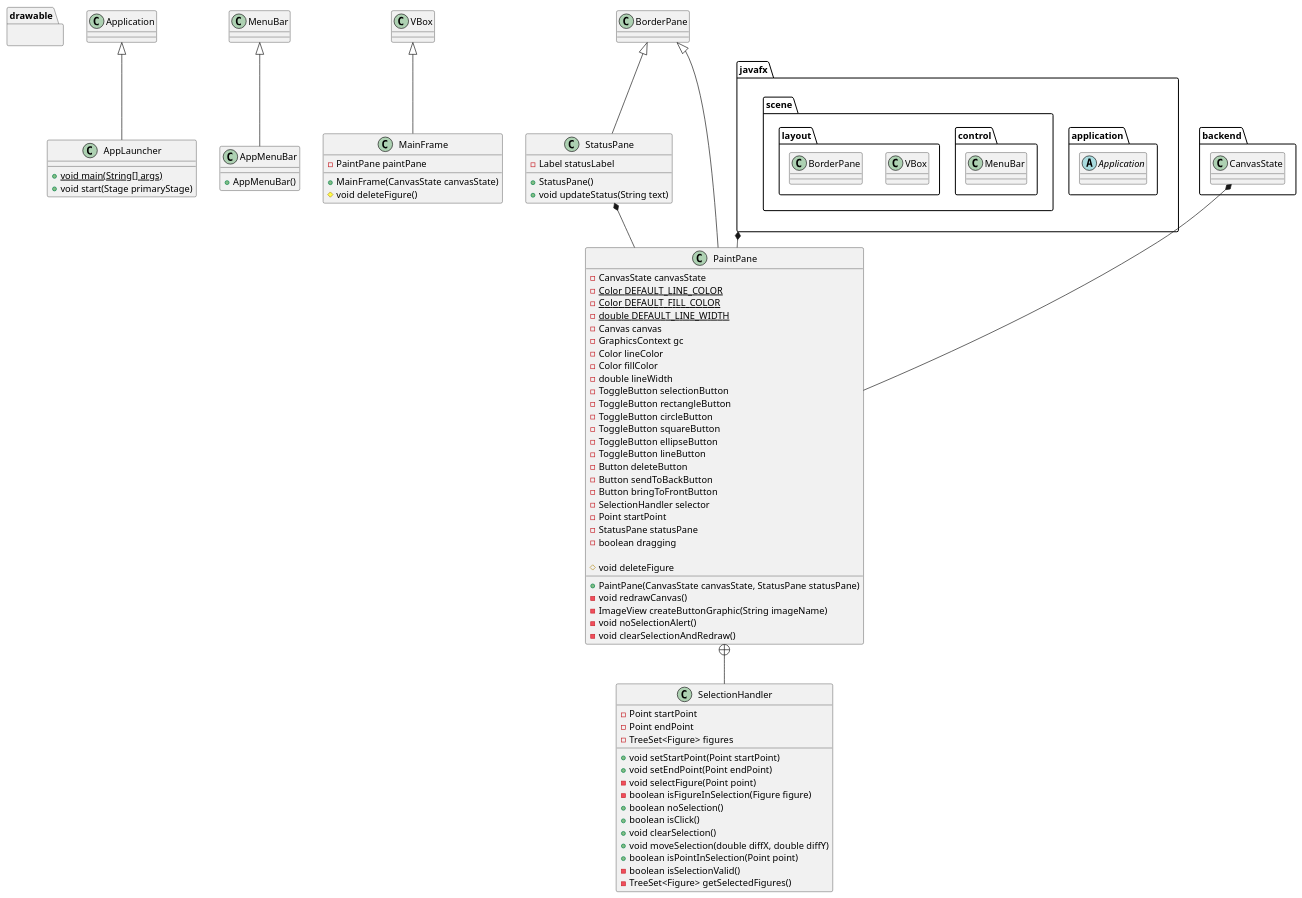
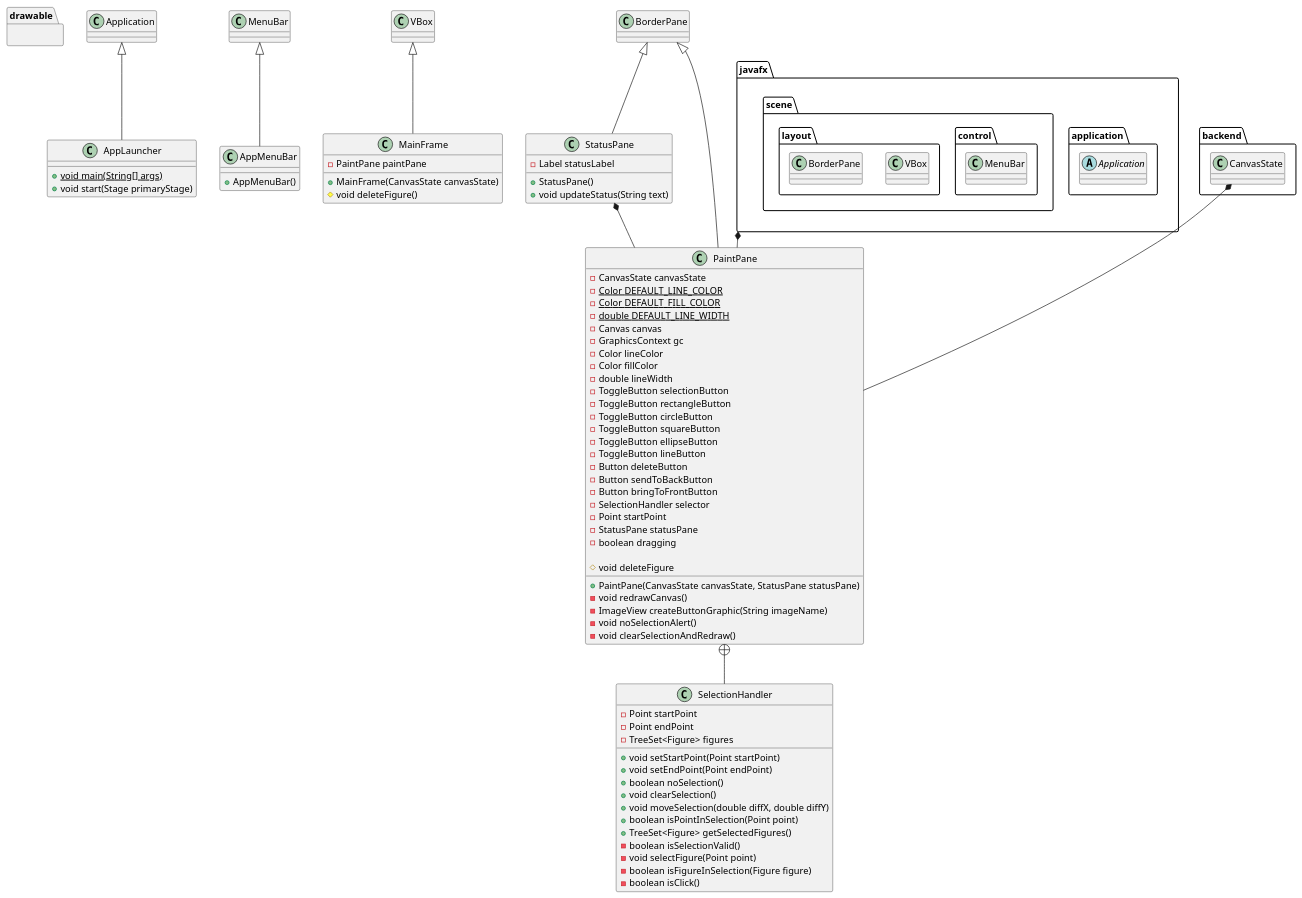
The diagram in src/uml/frontendUML.puml (alejofl/java-paint), drawn with PlantUML before and after one commit. The commit also changed 3 other files, not shown here.

```diff
--- a/src/uml/frontendUML.puml
+++ b/src/uml/frontendUML.puml
@@ -1,104 +1,104 @@
 @startuml
 'https://plantuml.com/class-diagram
 
 package drawable {
 }
 
 package javafx {
     package application {
         abstract class Application
     }
     package scene {
         package control {
             class MenuBar
         }
         package layout {
             class VBox
             class BorderPane
         }
     }
 }
 
 class AppLauncher extends Application {
     + {static} void main(String[] args)
     + void start(Stage primaryStage)
 }
 
 class AppMenuBar extends MenuBar {
     + AppMenuBar()
 }
 
 class MainFrame extends VBox {
     - PaintPane paintPane
 
     + MainFrame(CanvasState canvasState)
     # void deleteFigure()
 }
 
 class StatusPane extends BorderPane {
     - Label statusLabel
 
     + StatusPane()
     + void updateStatus(String text)
 }
 
 package backend {
     class CanvasState
 }
 
 class PaintPane extends BorderPane {
     - CanvasState canvasState
     - {static} Color DEFAULT_LINE_COLOR
     - {static} Color DEFAULT_FILL_COLOR
     - {static} double DEFAULT_LINE_WIDTH
     - Canvas canvas
     - GraphicsContext gc
     - Color lineColor
     - Color fillColor
     - double lineWidth
     - ToggleButton selectionButton
     - ToggleButton rectangleButton
     - ToggleButton circleButton
     - ToggleButton squareButton
     - ToggleButton ellipseButton
     - ToggleButton lineButton
     - Button deleteButton
     - Button sendToBackButton
     - Button bringToFrontButton
     - SelectionHandler selector
     - Point startPoint
     - StatusPane statusPane
     - boolean dragging
 
     + PaintPane(CanvasState canvasState, StatusPane statusPane)
     - void redrawCanvas()
     - ImageView createButtonGraphic(String imageName)
     - void noSelectionAlert()
     - void clearSelectionAndRedraw()
     # void deleteFigure
 }
 
 class SelectionHandler {
     - Point startPoint
     - Point endPoint
     - TreeSet<Figure> figures
 
     + void setStartPoint(Point startPoint)
     + void setEndPoint(Point endPoint)
-    - void selectFigure(Point point)
-    - boolean isFigureInSelection(Figure figure)
     + boolean noSelection()
-    + boolean isClick()
     + void clearSelection()
     + void moveSelection(double diffX, double diffY)
     + boolean isPointInSelection(Point point)
+    + TreeSet<Figure> getSelectedFigures()
     - boolean isSelectionValid()
-    - TreeSet<Figure> getSelectedFigures()
+    - void selectFigure(Point point)
+    - boolean isFigureInSelection(Figure figure)
+    - boolean isClick()
 }
 
 CanvasState *-- PaintPane
 StatusPane *-- PaintPane
 PaintPane +-- SelectionHandler
 javafx *-- PaintPane
 
 @enduml
```
